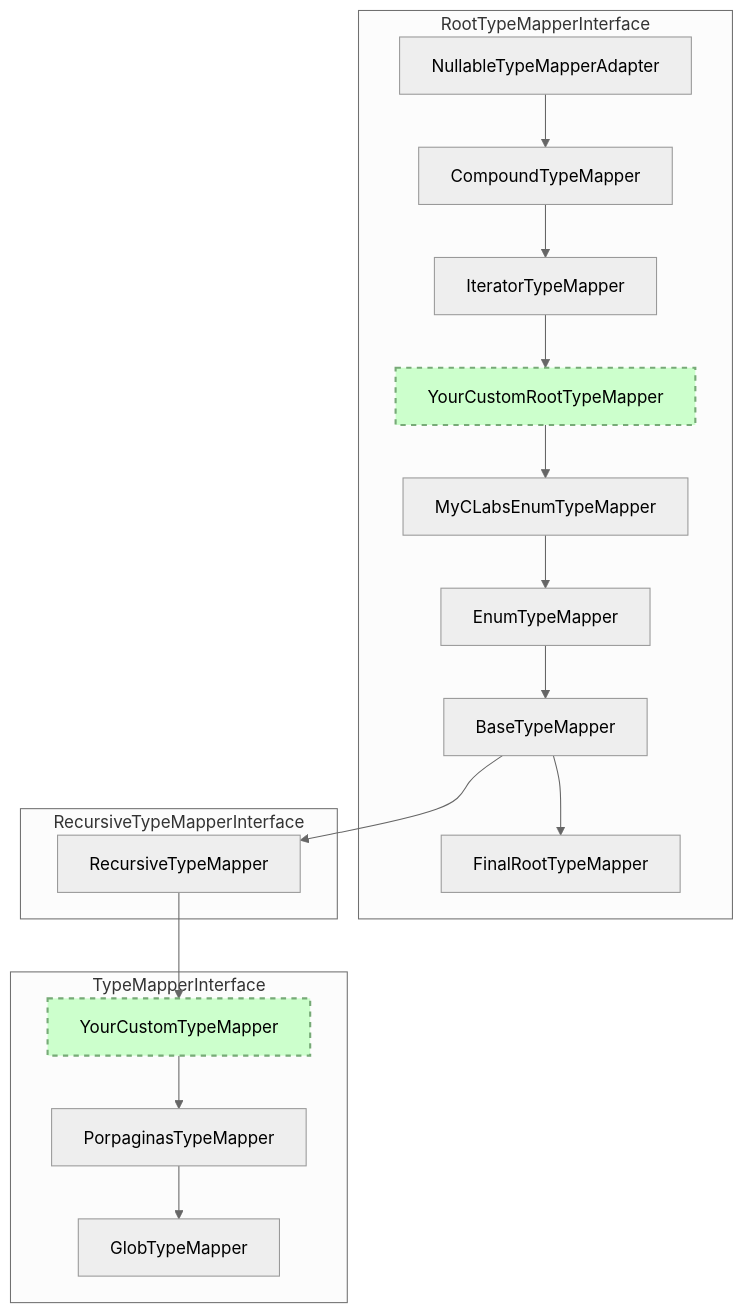
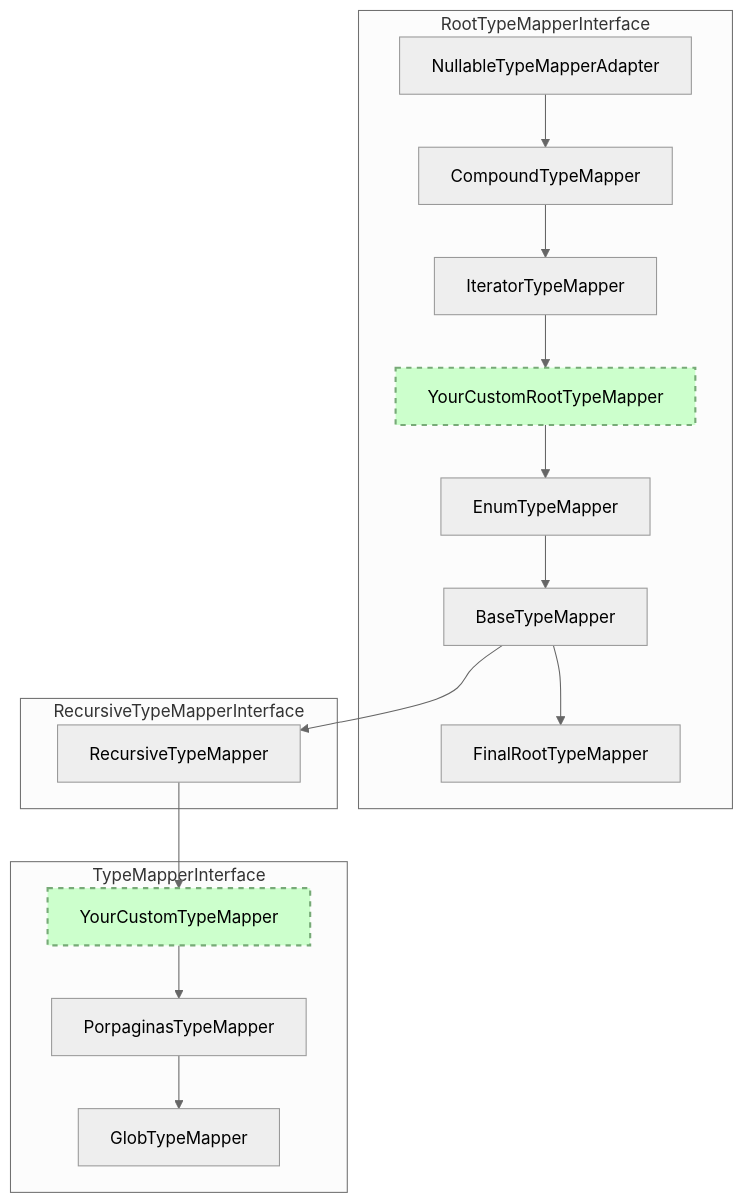
The first of 2 diagrams in website/docs/internals.md (thecodingmachine/graphqlite), drawn with Mermaid (neutral theme) before and after one commit. The commit also changed other lines of this file and 18 other files, not shown here.

First line of the commit message:
Remove MyCLabs\Enum support (#727) (#794)

````diff
--- a/website/docs/internals.md
+++ b/website/docs/internals.md
@@ -19,22 +19,21 @@
 ```mermaid
 graph TD;
   classDef custom fill:#cfc,stroke:#7a7,stroke-width:2px,stroke-dasharray: 5, 5;
   subgraph RootTypeMapperInterface
     NullableTypeMapperAdapter-->CompoundTypeMapper
     IteratorTypeMapper-->YourCustomRootTypeMapper
     CompoundTypeMapper-->IteratorTypeMapper
-    YourCustomRootTypeMapper-->MyCLabsEnumTypeMapper
-    MyCLabsEnumTypeMapper-->EnumTypeMapper
+    YourCustomRootTypeMapper-->EnumTypeMapper
     EnumTypeMapper-->BaseTypeMapper
     BaseTypeMapper-->FinalRootTypeMapper
   end
   subgraph RecursiveTypeMapperInterface
     BaseTypeMapper-->RecursiveTypeMapper
   end
   subgraph TypeMapperInterface
     RecursiveTypeMapper-->YourCustomTypeMapper
     YourCustomTypeMapper-->PorpaginasTypeMapper
     PorpaginasTypeMapper-->GlobTypeMapper
   end
   class YourCustomRootTypeMapper,YourCustomTypeMapper custom;
 ```
````
